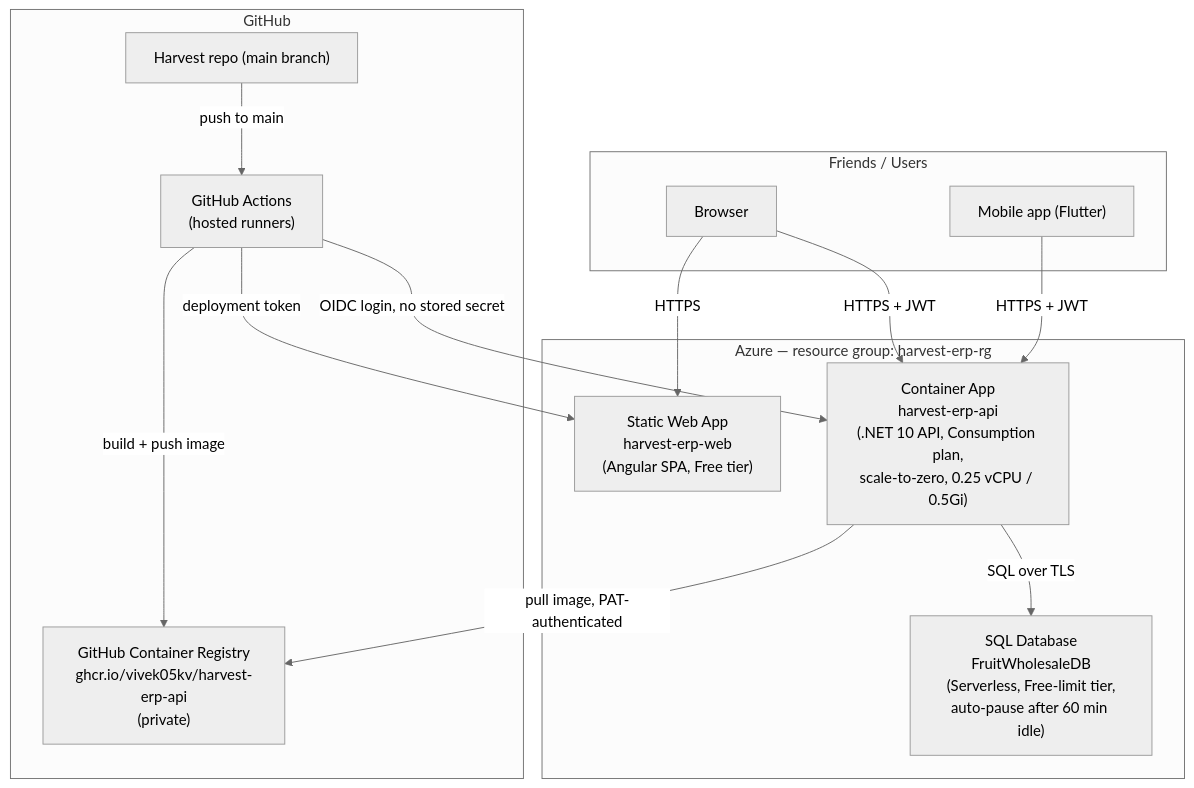
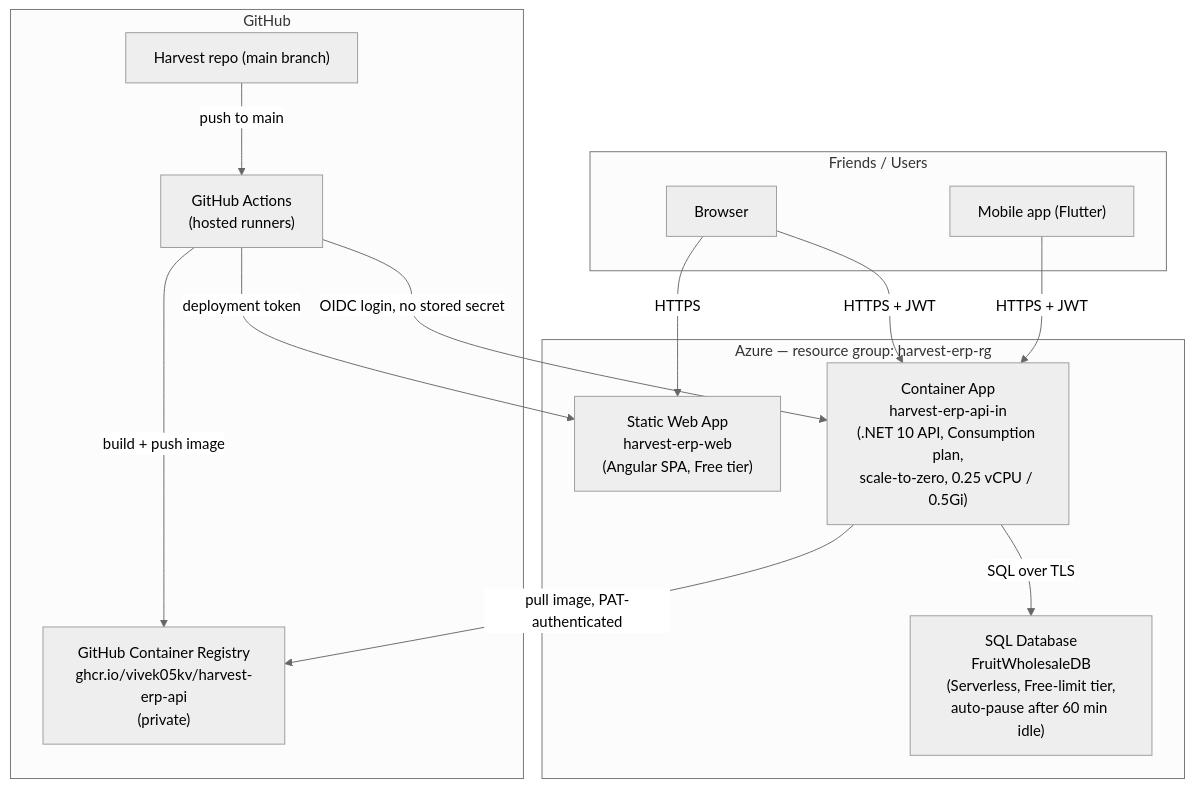
The diagram in README.md (ViveK05KV/Harvest), drawn with Mermaid (neutral theme) before and after one commit. The commit also changed other lines of this file and 1 other file, not shown here.

First line of the commit message:
Fix Android app pointing at dead backend; correct stale API URL in README

````diff
--- a/README.md
+++ b/README.md
@@ -125,30 +125,30 @@
 ```mermaid
 flowchart TB
     subgraph clients["Friends / Users"]
         browser["Browser"]
         mobile["Mobile app (Flutter)"]
     end
 
     subgraph gh["GitHub"]
         repo["Harvest repo (main branch)"]
         actions["GitHub Actions\n(hosted runners)"]
         ghcr["GitHub Container Registry\nghcr.io/vivek05kv/harvest-erp-api\n(private)"]
     end
 
     subgraph azure["Azure — resource group: harvest-erp-rg"]
         swa["Static Web App\nharvest-erp-web\n(Angular SPA, Free tier)"]
-        aca["Container App\nharvest-erp-api\n(.NET 10 API, Consumption plan,\nscale-to-zero, 0.25 vCPU / 0.5Gi)"]
+        aca["Container App\nharvest-erp-api-in\n(.NET 10 API, Consumption plan,\nscale-to-zero, 0.25 vCPU / 0.5Gi)"]
         sql["SQL Database\nFruitWholesaleDB\n(Serverless, Free-limit tier,\nauto-pause after 60 min idle)"]
     end
 
     browser -->|HTTPS| swa
     browser -->|HTTPS + JWT| aca
     mobile -->|HTTPS + JWT| aca
     aca -->|SQL over TLS| sql
 
     repo -->|push to main| actions
     actions -->|build + push image| ghcr
     actions -->|OIDC login, no stored secret| aca
     aca -->|pull image, PAT-authenticated| ghcr
     actions -->|deployment token| swa
 ```
````
